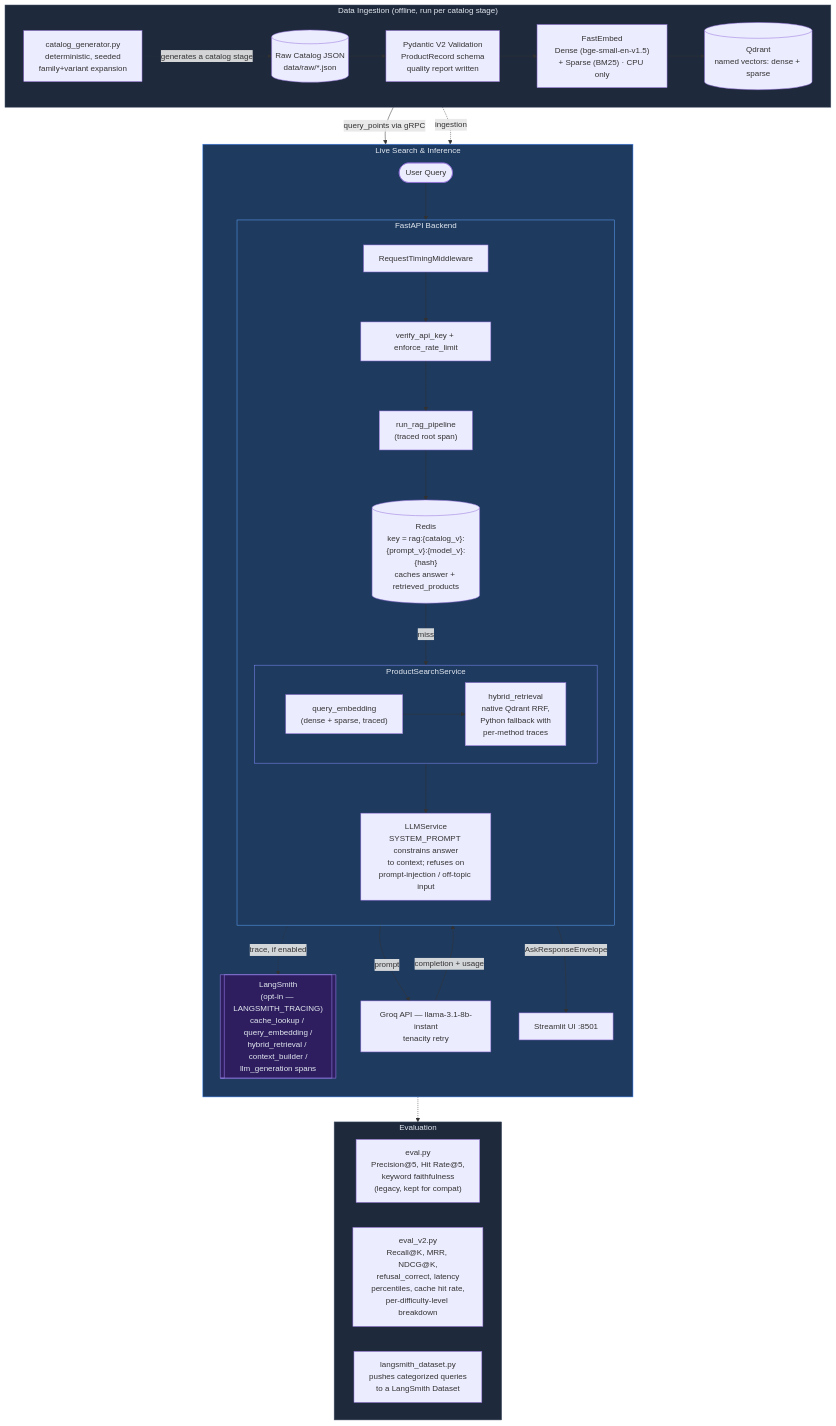
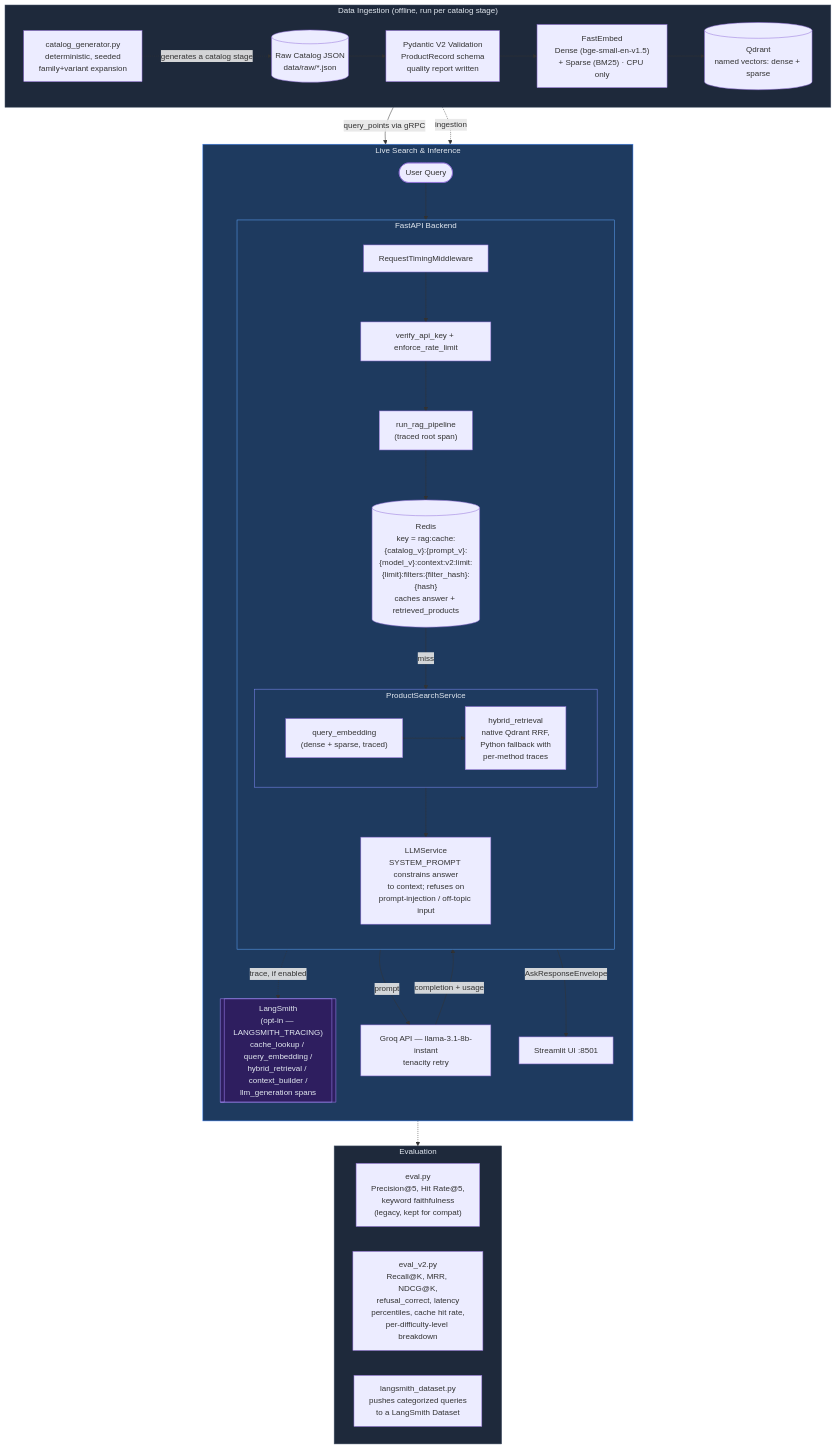
One commit to sunilsaini01/ecommerce-rag-engine changed the diagram in README.md. Above: the diagram before and after it, drawn with Mermaid. The commit also changed other lines of this file and 25 other files, not shown here.

````diff
--- a/README.md
+++ b/README.md
@@ -11,65 +11,65 @@
 ```mermaid
 flowchart TB
     subgraph OFFLINE["Data Ingestion (offline, run per catalog stage)"]
         direction LR
         A[("Raw Catalog JSON\ndata/raw/*.json")]
         G["catalog_generator.py\ndeterministic, seeded\nfamily+variant expansion"]
         B["Pydantic V2 Validation\nProductRecord schema\nquality report written"]
         C["FastEmbed\nDense (bge-small-en-v1.5)\n+ Sparse (BM25) · CPU only"]
         D[("Qdrant\nnamed vectors: dense + sparse")]
         G -.->|"generates a catalog stage"| A
         A --> B --> C --> D
     end
 
     subgraph ONLINE["Live Search & Inference"]
         direction TB
         U(["User Query"])
 
         subgraph FASTAPI["FastAPI Backend"]
             direction TB
             MW["RequestTimingMiddleware"]
             SEC["verify_api_key + enforce_rate_limit"]
             RAG["run_rag_pipeline\n(traced root span)"]
-            CACHE[("Redis\nkey = rag:{catalog_v}:{prompt_v}:{model_v}:{hash}\ncaches answer + retrieved_products")]
+            CACHE[("Redis\nkey = rag:cache:{catalog_v}:{prompt_v}:{model_v}:context:v2:limit:{limit}:filters:{filter_hash}:{hash}\ncaches answer + retrieved_products")]
             subgraph CORE["ProductSearchService"]
                 direction LR
                 EMB["query_embedding\n(dense + sparse, traced)"]
                 FUSE["hybrid_retrieval\nnative Qdrant RRF,\nPython fallback with\nper-method traces"]
                 EMB --> FUSE
             end
             LLM["LLMService\nSYSTEM_PROMPT constrains answer\nto context; refuses on\nprompt-injection / off-topic input"]
             MW --> SEC --> RAG
             RAG --> CACHE
             CACHE -->|"miss"| CORE
             CORE --> LLM
         end
 
         LS[["LangSmith\n(opt-in — LANGSMITH_TRACING)\ncache_lookup / query_embedding /\nhybrid_retrieval / context_builder /\nllm_generation spans"]]
 
         EXT["Groq API — llama-3.1-8b-instant\ntenacity retry"]
 
         U --> MW
         RAG -.->|"trace, if enabled"| LS
         LLM -->|"prompt"| EXT
         EXT -->|"completion + usage"| LLM
         RAG -->|"AskResponseEnvelope"| UI["Streamlit UI :8501"]
     end
 
     subgraph EVAL["Evaluation"]
         direction LR
         E1["eval.py\nPrecision@5, Hit Rate@5,\nkeyword faithfulness\n(legacy, kept for compat)"]
         E2["eval_v2.py\nRecall@K, MRR, NDCG@K,\nrefusal_correct, latency\npercentiles, cache hit rate,\nper-difficulty-level breakdown"]
         E3["langsmith_dataset.py\npushes categorized queries\nto a LangSmith Dataset"]
     end
 
     D -->|"query_points via gRPC"| CORE
     OFFLINE -.->|"ingestion"| ONLINE
     ONLINE -.-> EVAL
 
     style OFFLINE fill:#1e293b,stroke:#475569,color:#e2e8f0
     style ONLINE fill:#1e3a5f,stroke:#3b82f6,color:#e2e8f0
     style FASTAPI fill:#1e3a5f,stroke:#60a5fa,color:#e2e8f0
     style CORE fill:#1e3a5f,stroke:#818cf8,color:#e2e8f0
     style EVAL fill:#1e293b,stroke:#475569,color:#e2e8f0
     style LS fill:#2e1e5f,stroke:#a78bfa,color:#e2e8f0
 ```
````
